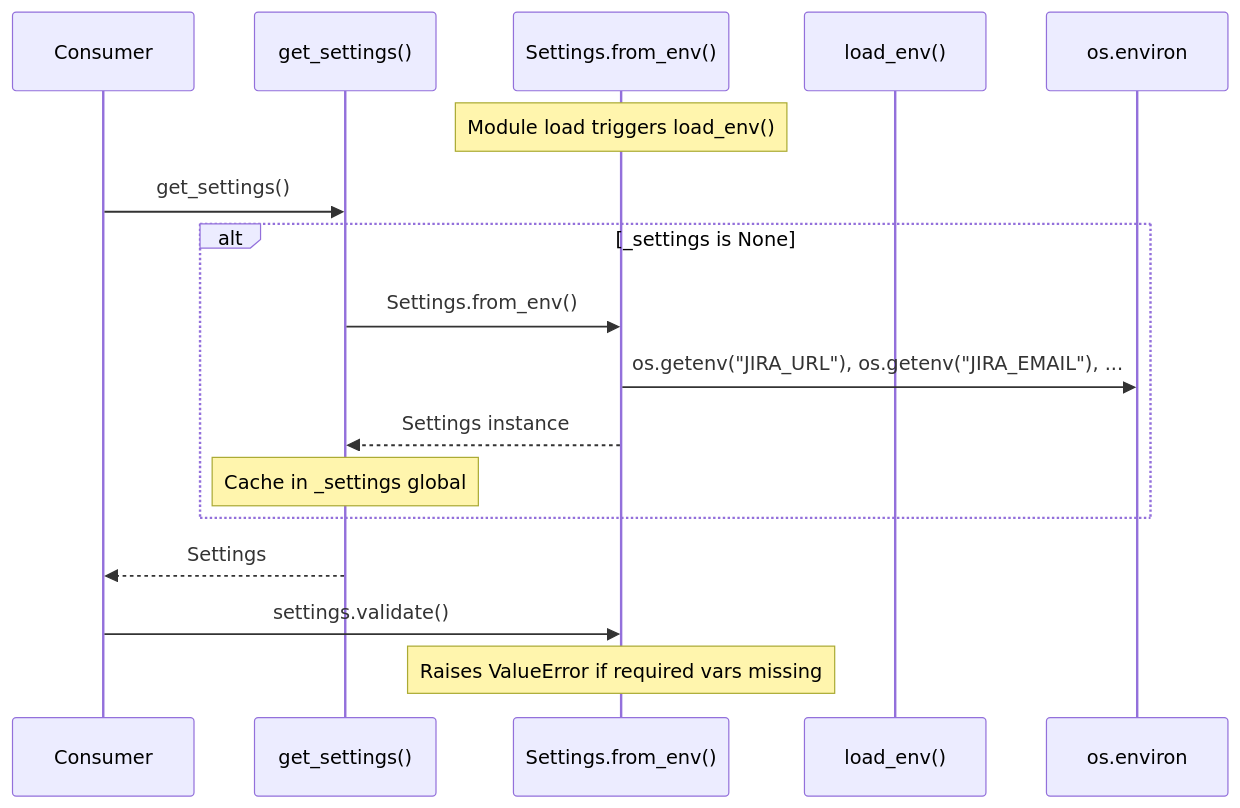
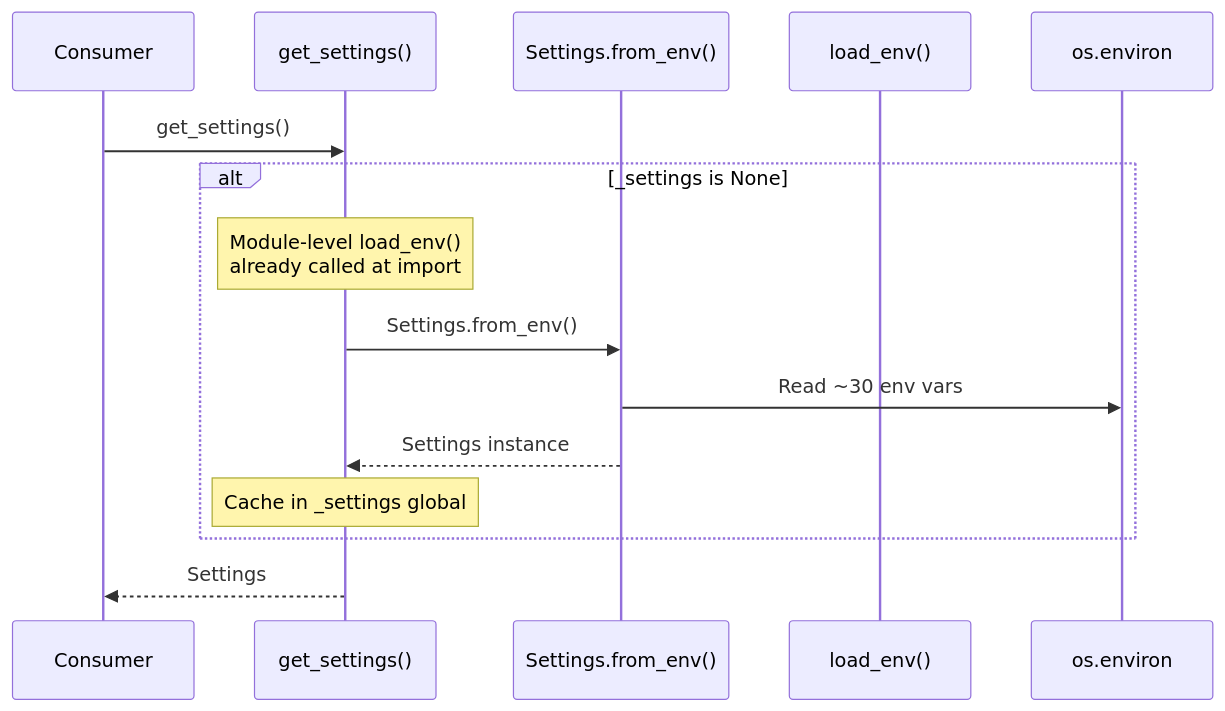
One commit to jmac-cornelis/agent-workforce changed the fourth of 4 diagrams in docs/config.md. Above: the diagram before and after it, drawn with Mermaid. The commit also changed other lines of this file and 7 other files, not shown here.

````diff
--- a/docs/config.md
+++ b/docs/config.md
@@ -141,20 +134,18 @@
 ```mermaid
 sequenceDiagram
     participant Consumer
     participant get_settings as get_settings()
     participant Settings as Settings.from_env()
     participant load_env as load_env()
     participant env as os.environ
 
-    Note over Settings: Module load triggers load_env()
     Consumer->>get_settings: get_settings()
     alt _settings is None
+        Note over get_settings: Module-level load_env()<br/>already called at import
         get_settings->>Settings: Settings.from_env()
-        Settings->>env: os.getenv("JIRA_URL"), os.getenv("JIRA_EMAIL"), ...
+        Settings->>env: Read ~30 env vars
         Settings-->>get_settings: Settings instance
         Note over get_settings: Cache in _settings global
     end
     get_settings-->>Consumer: Settings
-    Consumer->>Settings: settings.validate()
-    Note over Settings: Raises ValueError if required vars missing
 ```
````
